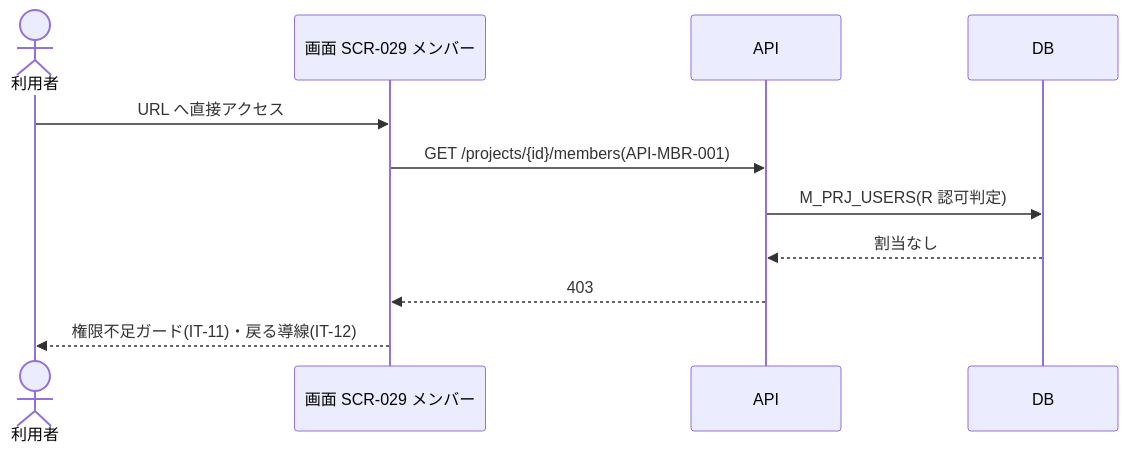
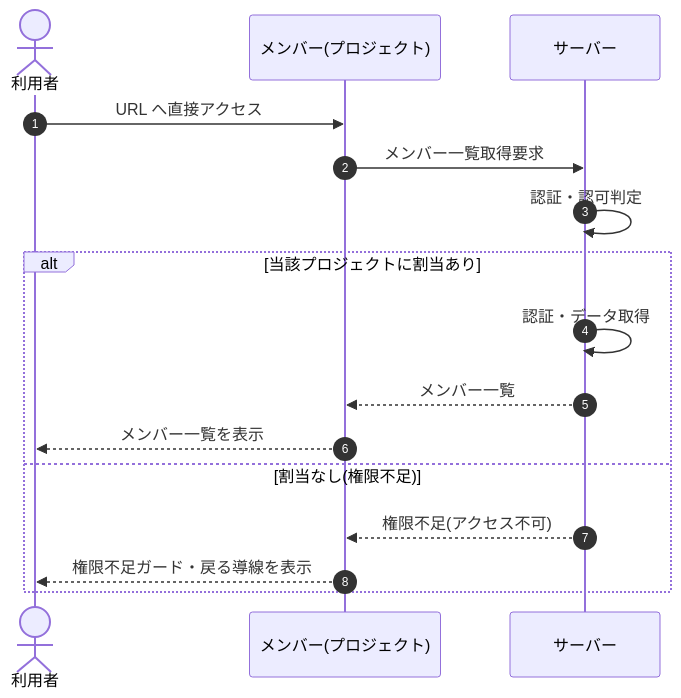
One commit to sikakou54/open-faq changed the diagram in 02_basic_design/05_sequences/SEQ-046.md. Above: the diagram before and after it, drawn with Mermaid. The commit also changed other lines of this file and 108 other files, not shown here.

First line of the commit message:
基本設計: シーケンス図を基本設計粒度(ユーザー/画面/サーバー)へ再編成

````diff
--- a/02_basic_design/05_sequences/SEQ-046.md
+++ b/02_basic_design/05_sequences/SEQ-046.md
@@ -25,13 +32,18 @@
 ```mermaid
 sequenceDiagram
+  autonumber
   actor U as 利用者
-  participant S as 画面 SCR-029 メンバー
-  participant API as API
-  participant DB as DB
-  U->>S: URL へ直接アクセス
-  S->>API: GET /projects/{id}/members(API-MBR-001)
-  API->>DB: M_PRJ_USERS(R 認可判定)
-  DB-->>API: 割当なし
-  API-->>S: 403
-  S-->>U: 権限不足ガード(IT-11)・戻る導線(IT-12)
+  participant Screen as メンバー(プロジェクト)
+  participant Server as サーバー
+  U->>Screen: URL へ直接アクセス
+  Screen->>Server: メンバー一覧取得要求
+  Server->>Server: 認証・認可判定
+  alt 当該プロジェクトに割当あり
+    Server->>Server: 認証・データ取得
+    Server-->>Screen: メンバー一覧
+    Screen-->>U: メンバー一覧を表示
+  else 割当なし(権限不足)
+    Server-->>Screen: 権限不足(アクセス不可)
+    Screen-->>U: 権限不足ガード・戻る導線を表示
+  end
 ```
````
